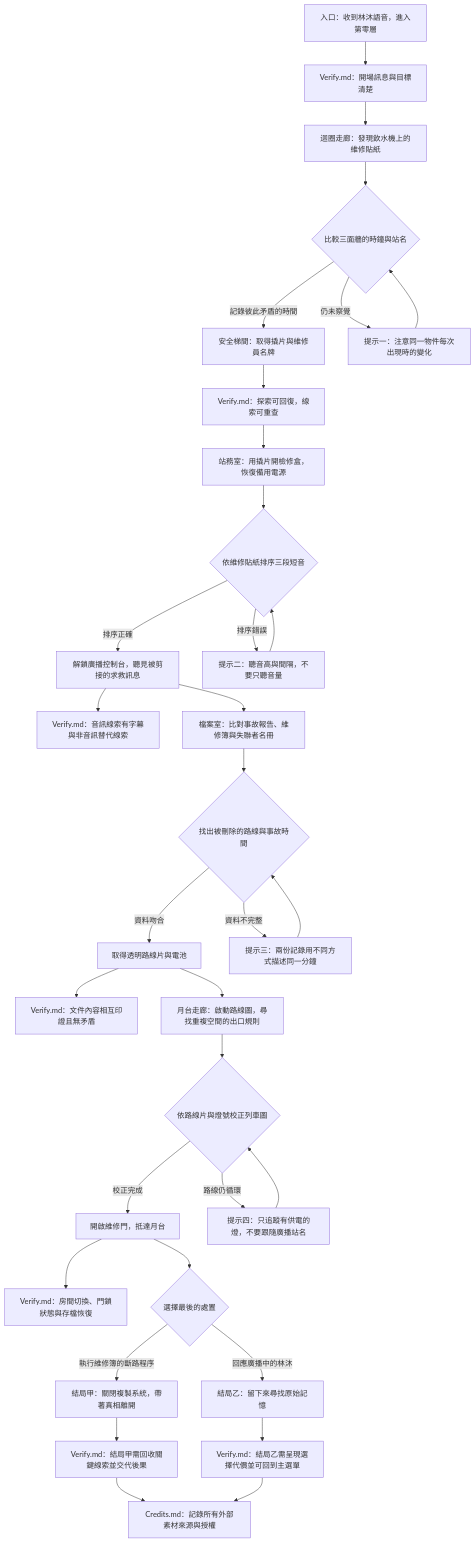
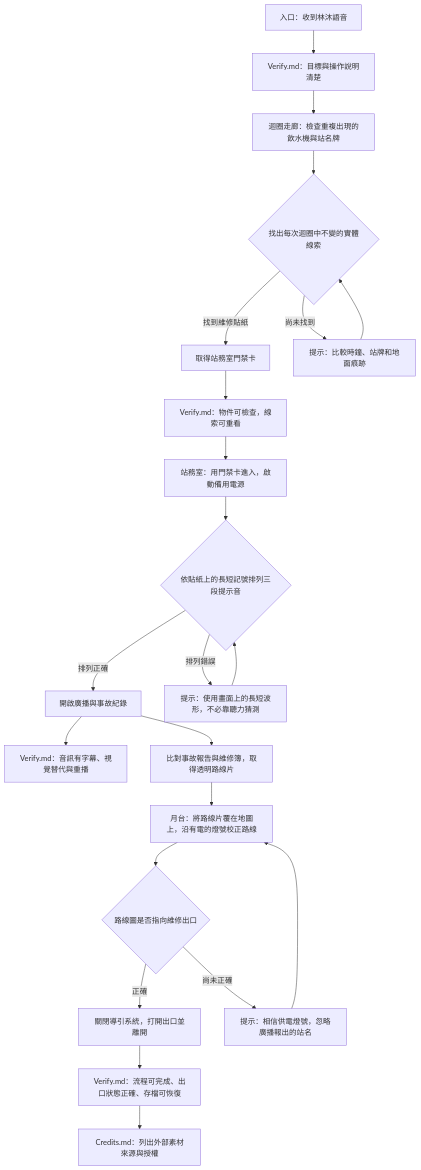
One commit to kevinliao998-bot/EscapeRoom changed the diagram in brief.md. Above: the diagram before and after it, drawn with Mermaid. The commit also changed other lines of this file, not shown here.

````diff
--- a/brief.md
+++ b/brief.md
@@ -33,35 +34,24 @@
 ```mermaid
 flowchart TD
-    A["入口：收到林沐語音，進入第零層"] --> V1["Verify.md：開場訊息與目標清楚"]
-    V1 --> B["迴圈走廊：發現飲水機上的維修貼紙"]
-    B --> C{"比較三面牆的時鐘與站名"}
-    C -->|記錄彼此矛盾的時間| D["安全梯間：取得撬片與維修員名牌"]
-    C -->|仍未察覺| H1["提示一：注意同一物件每次出現時的變化"]
+    A["入口：收到林沐語音"] --> V1["Verify.md：目標與操作說明清楚"]
+    V1 --> B["迴圈走廊：檢查重複出現的飲水機與站名牌"]
+    B --> C{"找出每次迴圈中不變的實體線索"}
+    C -->|找到維修貼紙| D["取得站務室門禁卡"]
+    C -->|尚未找到| H1["提示：比較時鐘、站牌和地面痕跡"]
     H1 --> C
-    D --> V2["Verify.md：探索可回復，線索可重查"]
-    V2 --> E["站務室：用撬片開檢修盒，恢復備用電源"]
-    E --> F{"依維修貼紙排序三段短音"}
-    F -->|排序正確| G["解鎖廣播控制台，聽見被剪接的求救訊息"]
-    F -->|排序錯誤| H2["提示二：聽音高與間隔，不要只聽音量"]
+    D --> V2["Verify.md：物件可檢查，線索可重看"]
+    V2 --> E["站務室：用門禁卡進入，啟動備用電源"]
+    E --> F{"依貼紙上的長短記號排列三段提示音"}
+    F -->|排列正確| G["開啟廣播與事故紀錄"]
+    F -->|排列錯誤| H2["提示：使用畫面上的長短波形，不必靠聽力猜測"]
     H2 --> F
-    G --> V3["Verify.md：音訊線索有字幕與非音訊替代線索"]
-    G --> I["檔案室：比對事故報告、維修簿與失聯者名冊"]
-    I --> J{"找出被刪除的路線與事故時間"}
-    J -->|資料吻合| K["取得透明路線片與電池"]
-    J -->|資料不完整| H3["提示三：兩份記錄用不同方式描述同一分鐘"]
+    G --> V3["Verify.md：音訊有字幕、視覺替代與重播"]
+    G --> I["比對事故報告與維修簿，取得透明路線片"]
+    I --> J["月台：將路線片覆在地圖上，沿有電的燈號校正路線"]
+    J --> K{"路線圖是否指向維修出口"}
+    K -->|正確| L["關閉導引系統，打開出口並離開"]
+    K -->|尚未正確| H3["提示：相信供電燈號，忽略廣播報出的站名"]
     H3 --> J
-    K --> V4["Verify.md：文件內容相互印證且無矛盾"]
-    K --> L["月台走廊：啟動路線圖，尋找重複空間的出口規則"]
-    L --> M{"依路線片與燈號校正列車圖"}
-    M -->|校正完成| N["開啟維修門，抵達月台"]
-    M -->|路線仍循環| H4["提示四：只追蹤有供電的燈，不要跟隨廣播站名"]
-    H4 --> M
-    N --> V5["Verify.md：房間切換、門鎖狀態與存檔恢復"]
-    N --> O{"選擇最後的處置"}
-    O -->|執行維修簿的斷路程序| P["結局甲：關閉複製系統，帶著真相離開"]
-    O -->|回應廣播中的林沐| Q["結局乙：留下來尋找原始記憶"]
-    P --> R["Verify.md：結局甲需回收關鍵線索並交代後果"]
-    Q --> S["Verify.md：結局乙需呈現選擇代價並可回到主選單"]
-    R --> T["Credits.md：記錄所有外部素材來源與授權"]
-    S --> T
+    L --> V4["Verify.md：流程可完成、出口狀態正確、存檔可恢復"]
+    V4 --> M["Credits.md：列出外部素材來源與授權"]
 ```
````
